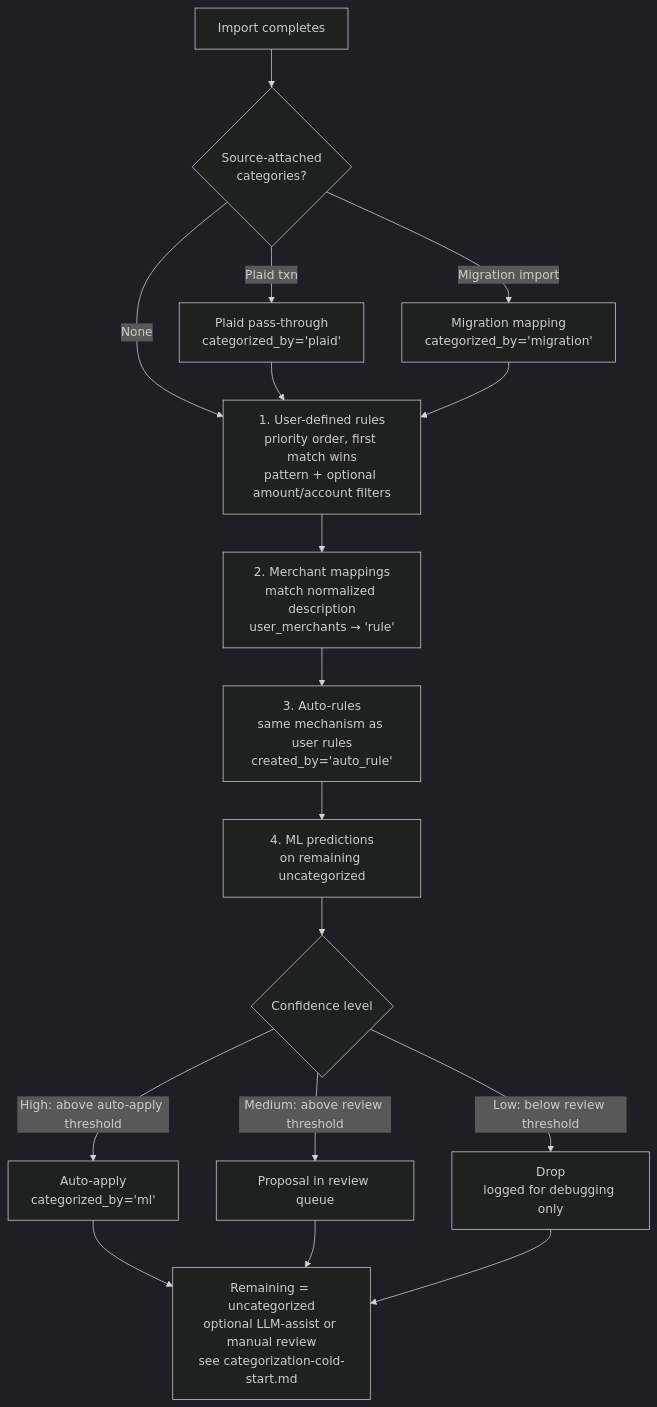
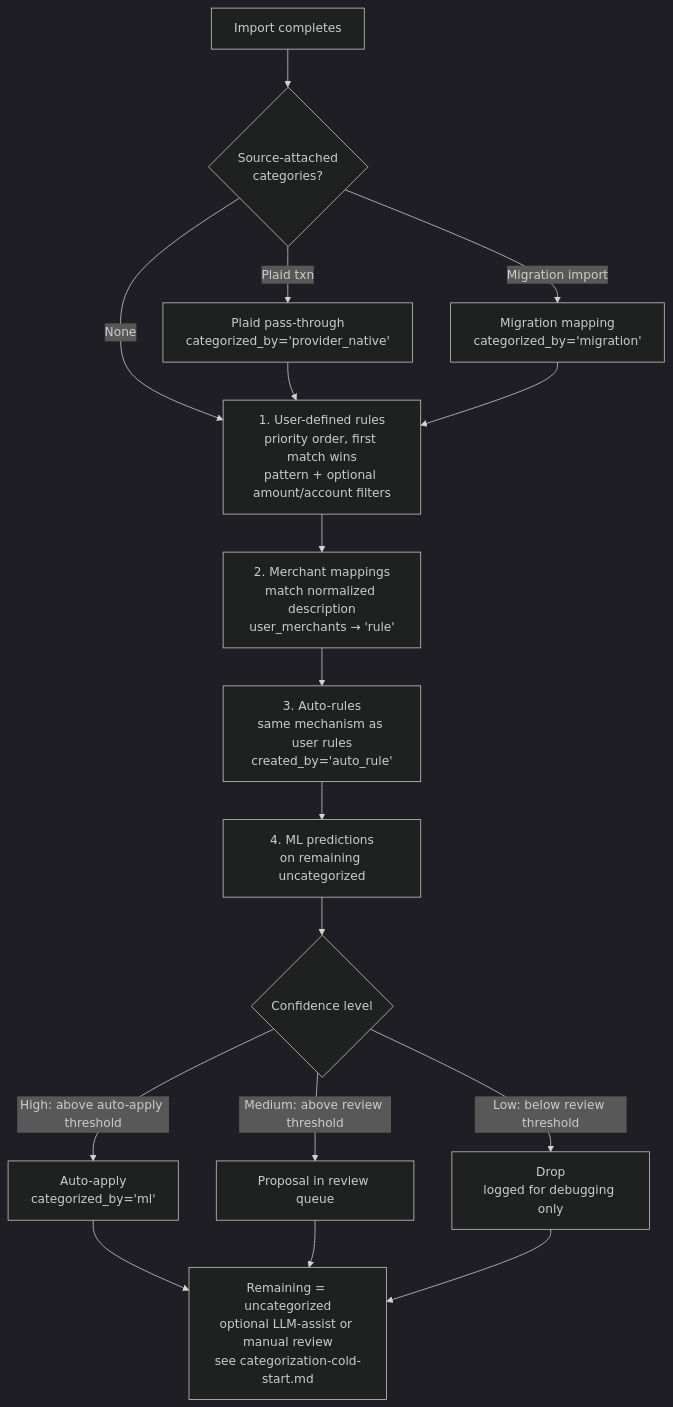
One commit to bsaffel/moneybin changed the diagram in docs/specs/categorization-overview.md. Above: the diagram before and after it, drawn with Mermaid (dark theme). The commit also changed other lines of this file and 42 other files, not shown here.

````diff
--- a/docs/specs/categorization-overview.md
+++ b/docs/specs/categorization-overview.md
@@ -52,19 +52,19 @@
 ```mermaid
 flowchart TD
     A[Import completes] --> A2{Source-attached<br/>categories?}
-    A2 -->|Plaid txn| AP[Plaid pass-through<br/>categorized_by='plaid']
+    A2 -->|Plaid txn| AP[Plaid pass-through<br/>categorized_by='provider_native']
     A2 -->|Migration import| AM[Migration mapping<br/>categorized_by='migration']
     A2 -->|None| B
     AP --> B[1. User-defined rules\npriority order, first match wins\npattern + optional amount/account filters]
     AM --> B
     B --> C[2. Merchant mappings\nmatch normalized description<br/>user_merchants → 'rule']
     C --> D[3. Auto-rules\nsame mechanism as user rules\ncreated_by='auto_rule']
     D --> E[4. ML predictions\non remaining uncategorized]
     E --> F{Confidence level}
     F -->|High: above auto-apply threshold| G[Auto-apply\ncategorized_by='ml']
     F -->|Medium: above review threshold| H[Proposal in review queue]
     F -->|Low: below review threshold| I[Drop\nlogged for debugging only]
     G --> J[Remaining = uncategorized\noptional LLM-assist or manual review<br/>see categorization-cold-start.md]
     H --> J
     I --> J
 ```
````
